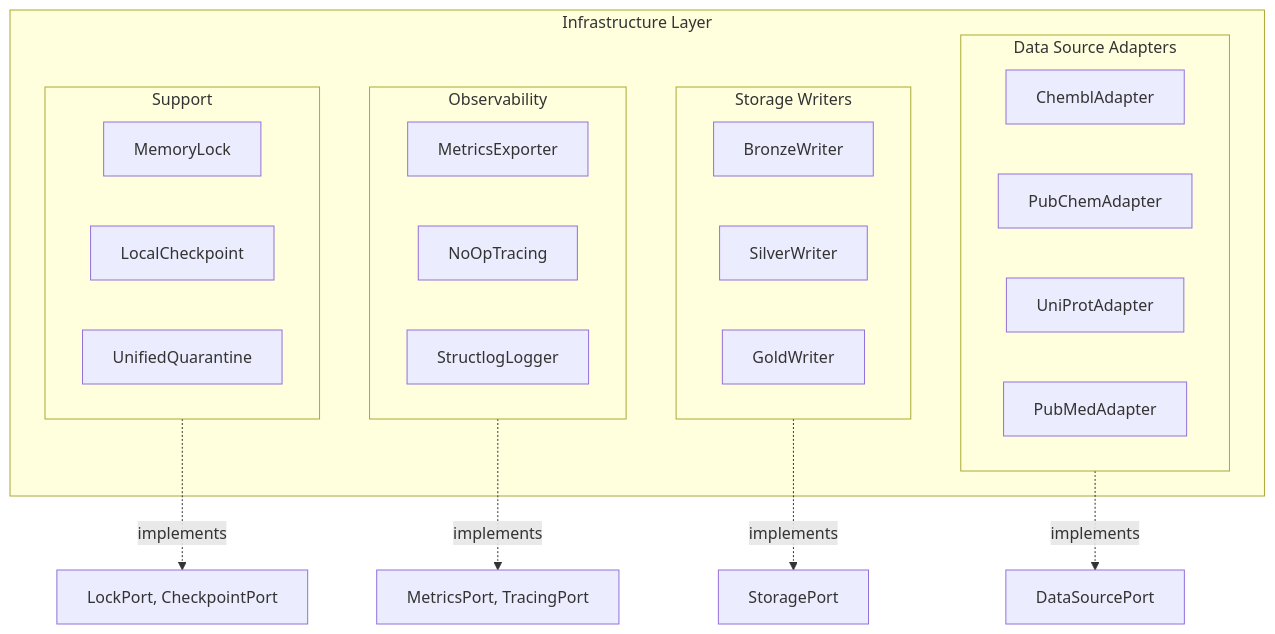
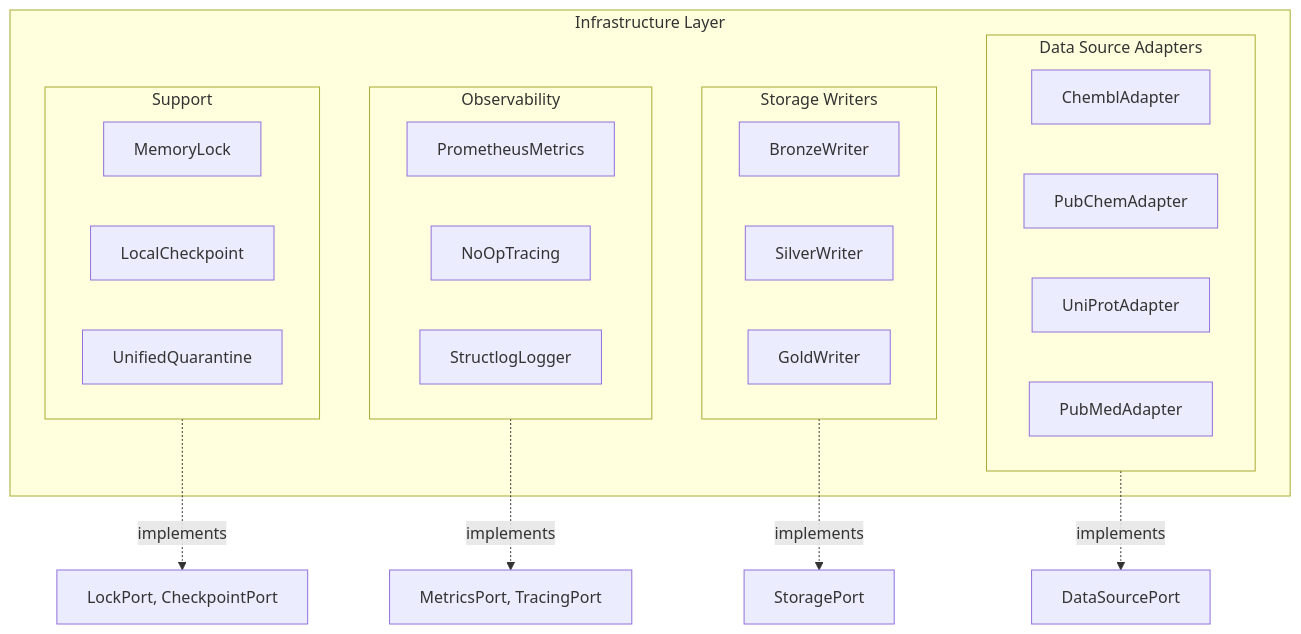
Before and after one commit to SatoryKono/BioactivityDataAcquisition: the first of 2 diagrams in docs/04-reference/api/infrastructure.md, drawn with Mermaid. The commit also changed other lines of this file and 41 other files, not shown here.

Commit message:
docs: sync architecture and runbook references with codebase

````diff
--- a/docs/04-reference/api/infrastructure.md
+++ b/docs/04-reference/api/infrastructure.md
@@ -7,34 +7,34 @@
 ```mermaid
 flowchart TB
     subgraph Infrastructure["Infrastructure Layer"]
         subgraph Adapters["Data Source Adapters"]
             ChEMBL[ChemblAdapter]
             PubChem[PubChemAdapter]
             UniProt[UniProtAdapter]
             PubMed[PubMedAdapter]
         end
 
         subgraph Storage["Storage Writers"]
             Bronze[BronzeWriter]
             Silver[SilverWriter]
             Gold[GoldWriter]
         end
 
         subgraph Observability["Observability"]
-            Metrics[MetricsExporter]
+            Metrics[PrometheusMetrics]
             Tracing[NoOpTracing]
             Logging[StructlogLogger]
         end
 
         subgraph Support["Support"]
             Locking[MemoryLock]
             Checkpoint[LocalCheckpoint]
             Quarantine[UnifiedQuarantine]
         end
     end
 
     Adapters -.->|implements| DSPort["DataSourcePort"]
     Storage -.->|implements| SPort["StoragePort"]
     Observability -.->|implements| OPort["MetricsPort, TracingPort"]
     Support -.->|implements| LPort["LockPort, CheckpointPort"]
 ```
````
